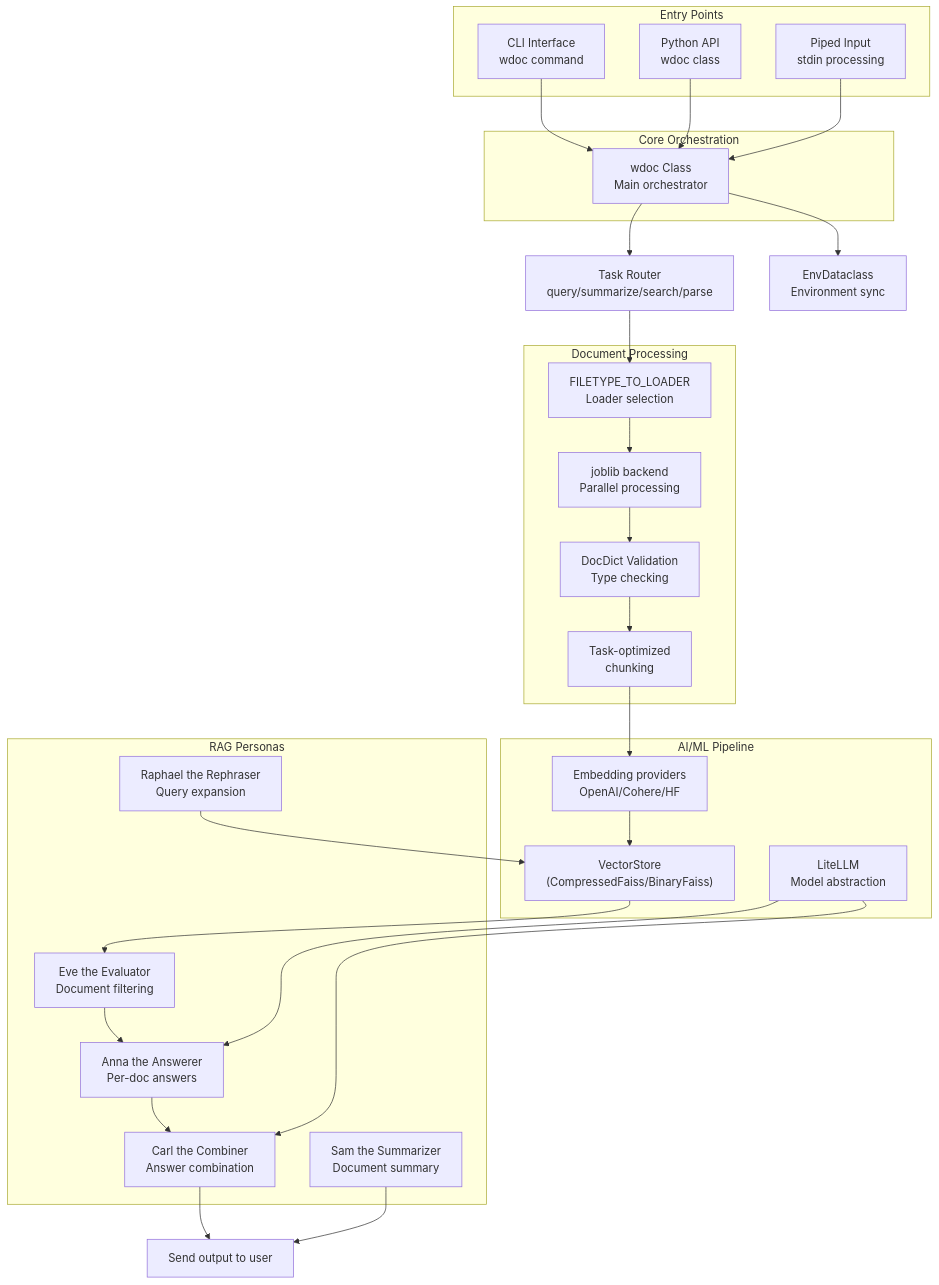
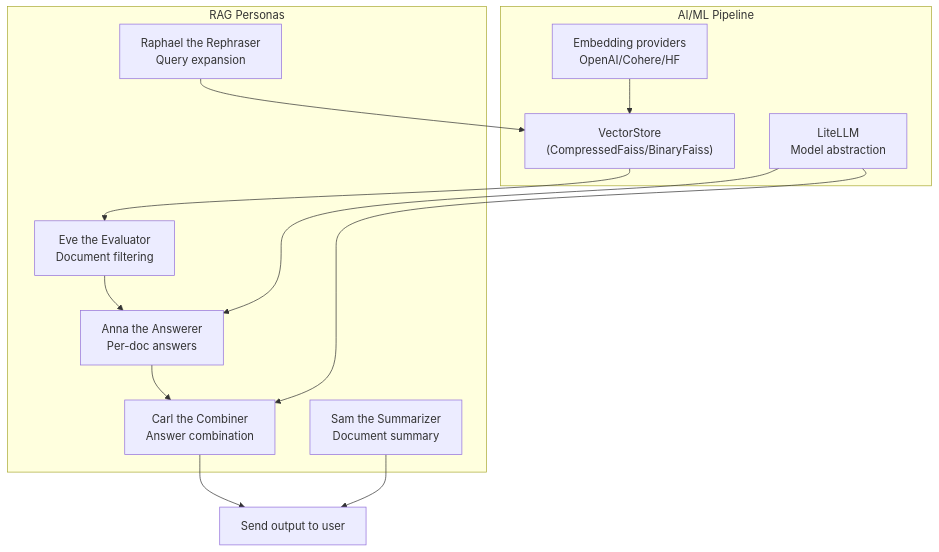
The diagram in images/diagram.mmd (thiswillbeyourgithub/wdoc), drawn with Mermaid before and after one commit.

Commit message:
refactor: Simplify diagram by removing entry points, orchestration, and document processing sections

```diff
--- a/images/diagram.mmd
+++ b/images/diagram.mmd
@@ -1,59 +1,27 @@
 flowchart TD
-    subgraph EntryPoints["Entry Points"]
-        CLI["CLI Interface<br/>wdoc command"]
-        API["Python API<br/>wdoc class"]
-        Piped["Piped Input<br/>stdin processing"]
-    end
-
-    subgraph CoreOrch["Core Orchestration"]
-        Orchestrator["wdoc Class<br/>Main orchestrator"]
-    end
-
-    CLI --> Orchestrator
-    API --> Orchestrator
-    Piped --> Orchestrator
-
-    Orchestrator --> TaskRouter["Task Router<br/>query/summarize/search/parse"]
-    Orchestrator --> EnvSync["EnvDataclass<br/>Environment sync"]
-
-    subgraph DocProc["Document Processing"]
-        Loader["FILETYPE_TO_LOADER<br/>Loader selection"]
-        Joblib["joblib backend<br/>Parallel processing"]
-        Validation["DocDict Validation<br/>Type checking"]
-        Chunking["Task-optimized<br/>chunking"]
-
-        Loader --> Joblib
-        Joblib --> Validation
-        Validation --> Chunking
-    end
-
-    TaskRouter --> Loader
-
     subgraph AIMLPipeline["AI/ML Pipeline"]
         Embeddings["Embedding providers<br/>OpenAI/Cohere/HF"]
         VectorStore["VectorStore<br/>(CompressedFaiss/BinaryFaiss)"]
         LLM["LiteLLM<br/>Model abstraction"]
 
         Embeddings --> VectorStore
     end
-
-    Chunking --> Embeddings
 
     subgraph RAGPersonas["RAG Personas"]
         Raphael["Raphael the Rephraser<br/>Query expansion"]
         Sam["Sam the Summarizer<br/>Document summary"]
         Eve["Eve the Evaluator<br/>Document filtering"]
         Anna["Anna the Answerer<br/>Per-doc answers"]
         Carl["Carl the Combiner<br/>Answer combination"]
     end
 
     Raphael --> VectorStore
     VectorStore --> Eve
     Eve --> Anna
     Anna --> Carl
     LLM --> Anna
     LLM --> Carl
 
     Output["Send output to user"]
     Carl --> Output
     Sam --> Output
```
